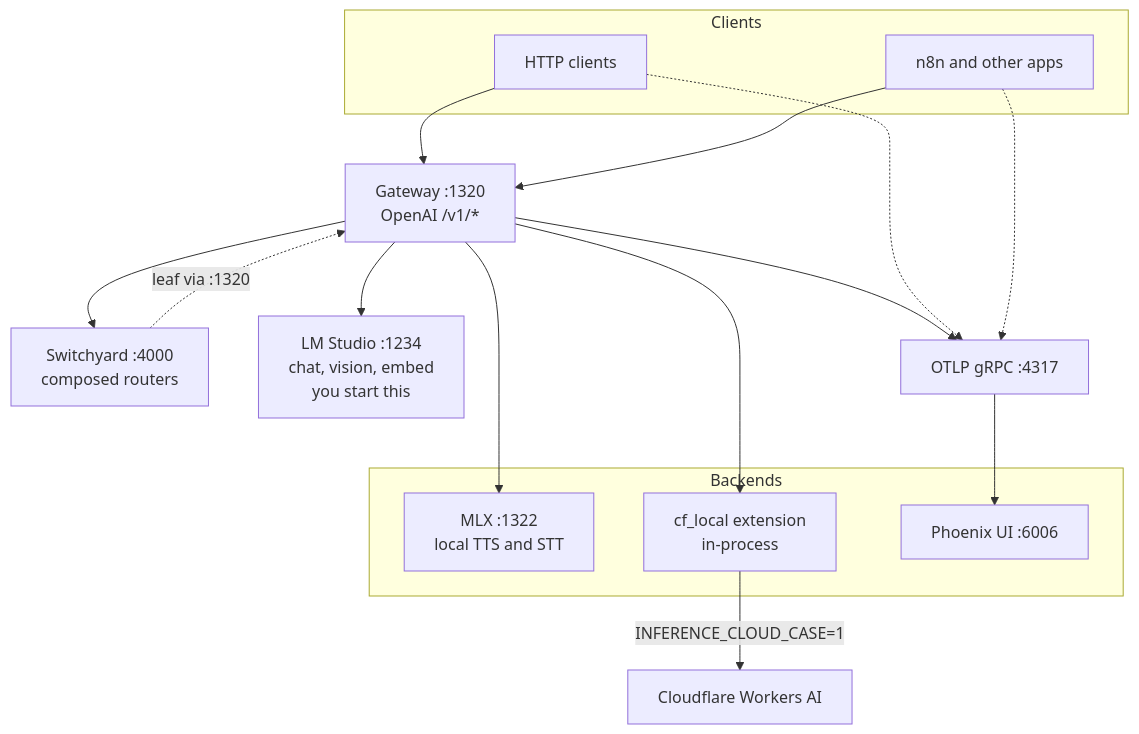
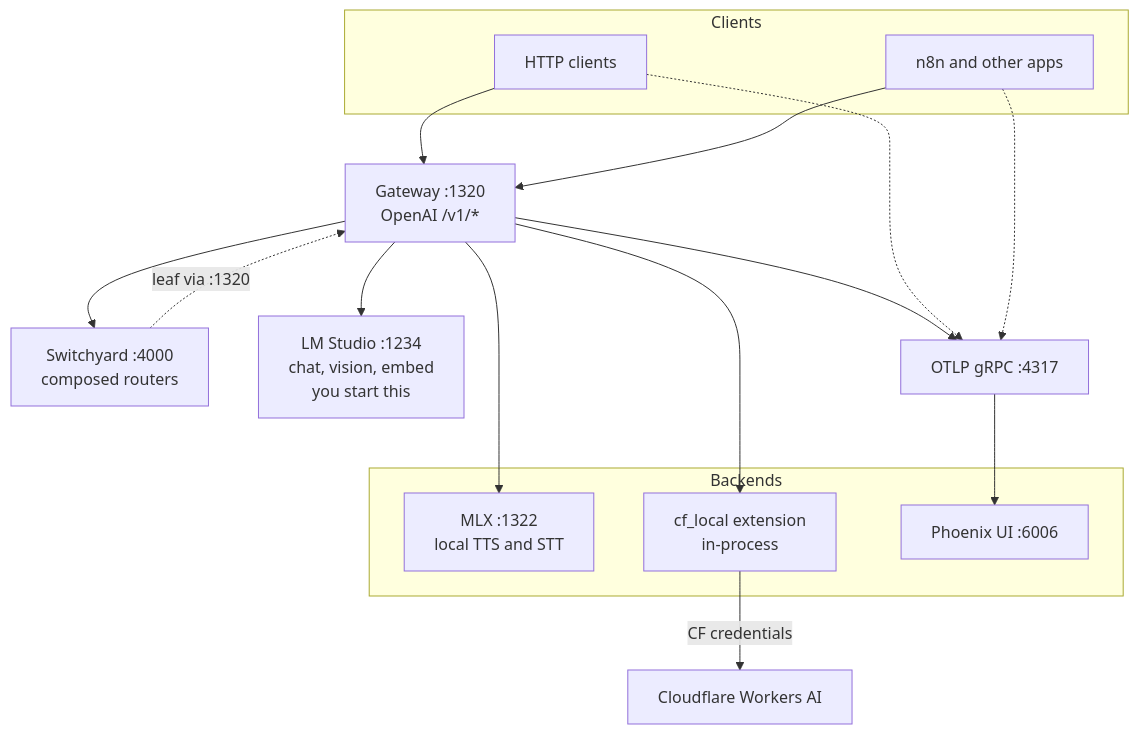
One commit to behaviorengineering/polypus changed the diagram in README.md. Above: the diagram before and after it, drawn with Mermaid. The commit also changed other lines of this file and 35 other files, not shown here.

````diff
--- a/README.md
+++ b/README.md
@@ -13,33 +13,33 @@
 ```mermaid
 flowchart TB
   subgraph clients [Clients]
     C[HTTP clients]
     N[n8n and other apps]
   end
 
   G["Gateway :1320<br/>OpenAI /v1/*"]
   SY["Switchyard :4000<br/>composed routers"]
 
   subgraph arms [Backends]
     M["MLX :1322<br/>local TTS and STT"]
     CFExt["cf_local extension<br/>in-process"]
     P["Phoenix UI :6006"]
   end
 
   LMS["LM Studio :1234<br/>chat, vision, embed<br/>you start this"]
   CF[Cloudflare Workers AI]
   OTLP["OTLP gRPC :4317"]
 
   C --> G
   N --> G
   G --> M
   G --> CFExt
   G --> LMS
   G --> SY
   SY -.->|leaf via :1320| G
   G --> OTLP
-  CFExt -->|"INFERENCE_CLOUD_CASE=1"| CF
+  CFExt -->|CF credentials| CF
   C -.-> OTLP
   N -.-> OTLP
   OTLP --> P
 ```
````
